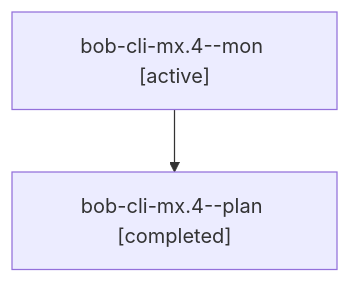
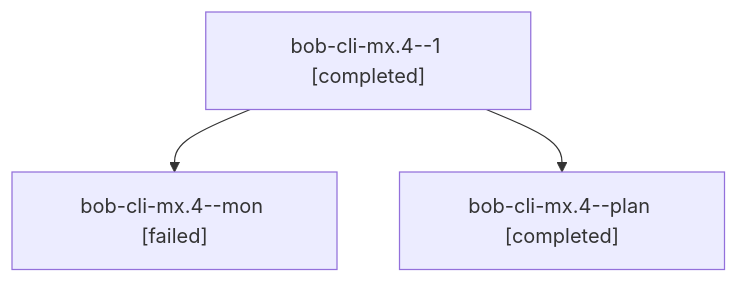
Before and after one commit to bobs-org/bob-cli--agents: the diagram in sessions/bbugyi200.apollo.bob-cli-mx.4.md, drawn with Mermaid. The commit also changed other lines of this file and 110 other files, not shown here.

````diff
--- a/sessions/bbugyi200.apollo.bob-cli-mx.4.md
+++ b/sessions/bbugyi200.apollo.bob-cli-mx.4.md
@@ -9,6 +9,8 @@
 ```mermaid
 flowchart TD
-  n0["bob-cli-mx.4--mon [active]"]
-  n1["bob-cli-mx.4--plan [completed]"]
+  n0["bob-cli-mx.4--1 [completed]"]
+  n1["bob-cli-mx.4--mon [failed]"]
   n0 --> n1
+  n2["bob-cli-mx.4--plan [completed]"]
+  n0 --> n2
 ```
````
